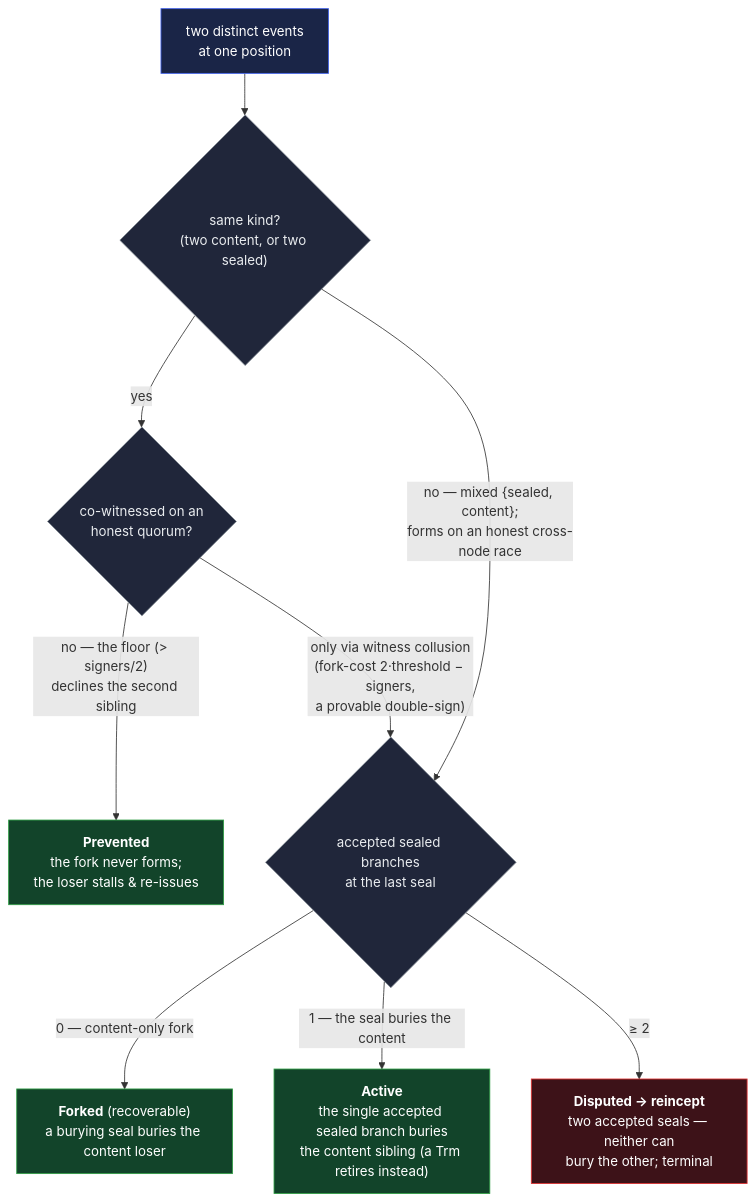
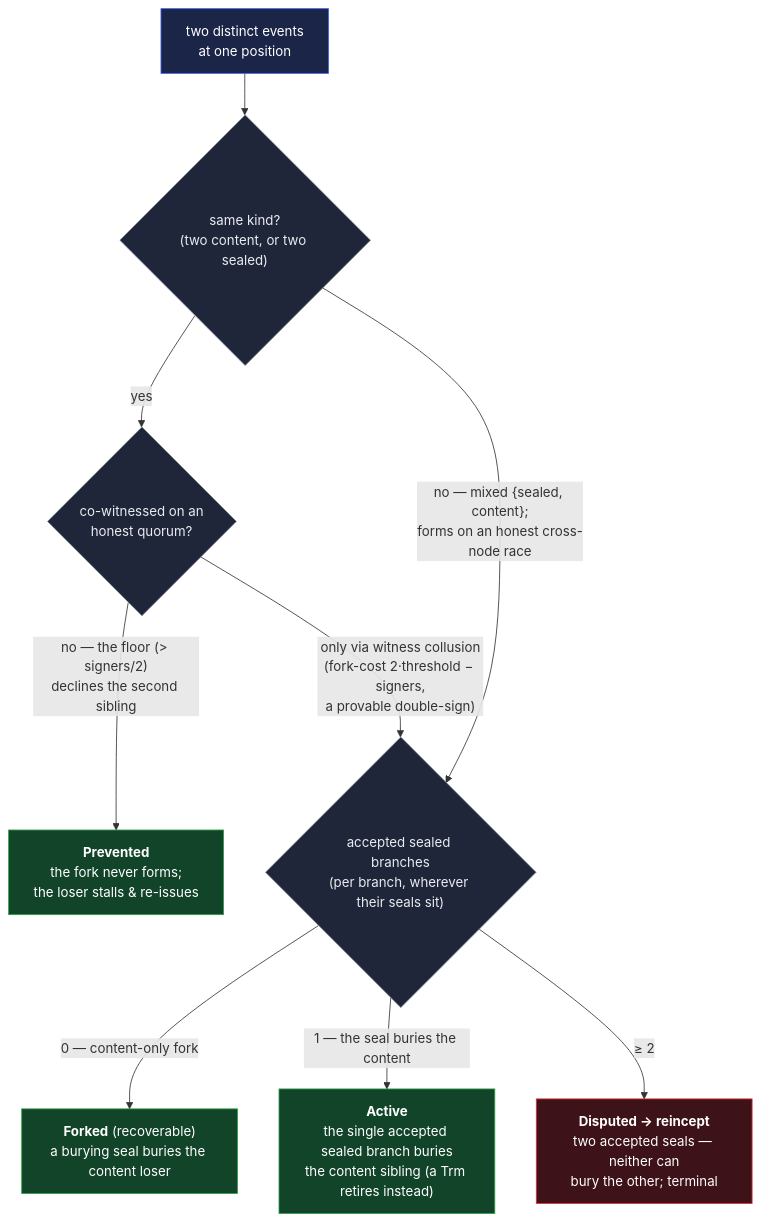
One commit to jasoncolburne/vdti changed the diagram in docs/design/system-thesis.md. Above: the diagram before and after it, drawn with Mermaid. The commit also changed other lines of this file and 19 other files, not shown here.

````diff
--- a/docs/design/system-thesis.md
+++ b/docs/design/system-thesis.md
@@ -69,16 +69,16 @@
 ```mermaid
 flowchart TD
   A["two distinct events<br/>at one position"]:::start
   A --> K{"same kind?<br/>(two content, or two sealed)"}:::q
   K -->|"yes"| HQ{"co-witnessed on an<br/>honest quorum?"}:::q
   HQ -->|"no — the floor (&gt; signers/2)<br/>declines the second sibling"| P["<b>Prevented</b><br/>the fork never forms;<br/>the loser stalls &amp; re-issues"]:::good
-  HQ -->|"only via witness collusion<br/>(fork-cost 2·threshold − signers,<br/>a provable double-sign)"| N{"accepted sealed branches<br/>at the last seal"}:::q
+  HQ -->|"only via witness collusion<br/>(fork-cost 2·threshold − signers,<br/>a provable double-sign)"| N{"accepted sealed branches<br/>(per branch, wherever their seals sit)"}:::q
   K -->|"no — mixed {sealed, content};<br/>forms on an honest cross-node race"| N
   N -->|"0 — content-only fork"| F["<b>Forked</b> (recoverable)<br/>a burying seal buries the content loser"]:::good
   N -->|"1 — the seal buries the content"| AC["<b>Active</b><br/>the single accepted sealed branch buries<br/>the content sibling (a Trm retires instead)"]:::good
   N -->|"≥ 2"| X["<b>Disputed → reincept</b><br/>two accepted seals — neither can<br/>bury the other; terminal"]:::bad
   classDef start fill:#1a2547,stroke:#4263eb,color:#fff
   classDef q fill:#20263a,stroke:#868e96,color:#e9ecef
   classDef good fill:#12442a,stroke:#2f9e44,color:#fff
   classDef bad fill:#3d1218,stroke:#e03131,color:#fff
 ```
````
